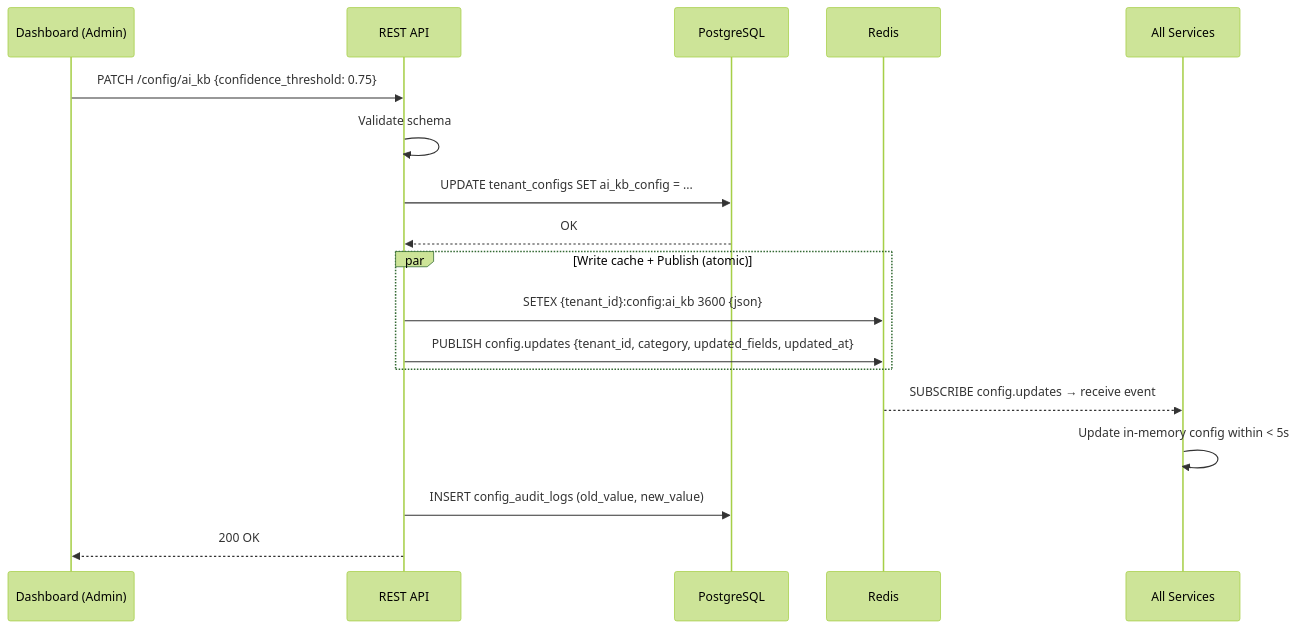
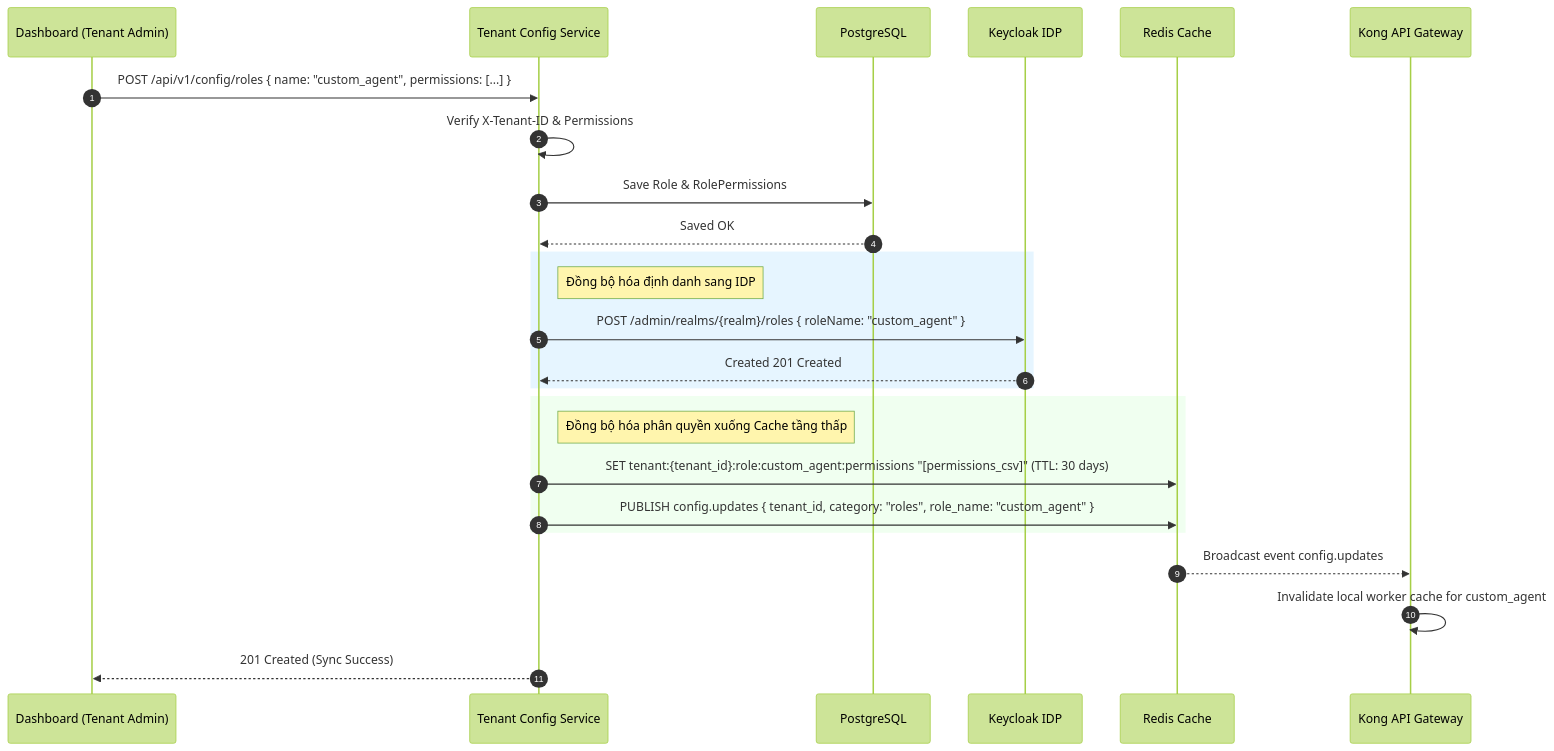
One commit to hugg4u/solavie-platform changed the second of 2 diagrams in specs/services/tenant-config/design.md. Above: the diagram before and after it, drawn with Mermaid (forest theme). The commit also changed other lines of this file and 17 other files, not shown here.

Commit message:
docs(specs): update auth, gateway, user, tenant-config specs for dynamic RBAC model

````diff
--- a/specs/services/tenant-config/design.md
+++ b/specs/services/tenant-config/design.md
@@ -261,24 +205,32 @@
 ```mermaid
 sequenceDiagram
-    participant Admin as Dashboard (Admin)
-    participant API as REST API
+    autonumber
+    participant Admin as Dashboard (Tenant Admin)
+    participant API as Tenant Config Service
     participant DB as PostgreSQL
-    participant Redis as Redis
-    participant Svc as All Services
+    participant Keycloak as Keycloak IDP
+    participant Redis as Redis Cache
+    participant GW as Kong API Gateway
 
-    Admin->>API: PATCH /config/ai_kb {confidence_threshold: 0.75}
-    API->>API: Validate schema
-    API->>DB: UPDATE tenant_configs SET ai_kb_config = ...
-    DB-->>API: OK
+    Admin->>API: POST /api/v1/config/roles { name: "custom_agent", permissions: [...] }
+    API->>API: Verify X-Tenant-ID & Permissions
+    API->>DB: Save Role & RolePermissions
+    DB-->>API: Saved OK
+
+    rect rgb(230, 245, 255)
+        note right of API: Đồng bộ hóa định danh sang IDP
+        API->>Keycloak: POST /admin/realms/{realm}/roles { roleName: "custom_agent" }
+        Keycloak-->>API: Created 201 Created
+    end
+
+    rect rgb(240, 255, 240)
+        note right of API: Đồng bộ hóa phân quyền xuống Cache tầng thấp
+        API->>Redis: SET tenant:{tenant_id}:role:custom_agent:permissions "[permissions_csv]" (TTL: 30 days)
+        API->>Redis: PUBLISH config.updates { tenant_id, category: "roles", role_name: "custom_agent" }
+    end
+
+    Redis-->>GW: Broadcast event config.updates
+    GW->>GW: Invalidate local worker cache for custom_agent
     
-    par Write cache + Publish (atomic)
-        API->>Redis: SETEX {tenant_id}:config:ai_kb 3600 {json}
-        API->>Redis: PUBLISH config.updates {tenant_id, category, updated_fields, updated_at}
-    end
-    
-    Redis-->>Svc: SUBSCRIBE config.updates → receive event
-    Svc->>Svc: Update in-memory config within < 5s
-    
-    API->>DB: INSERT config_audit_logs (old_value, new_value)
-    API-->>Admin: 200 OK
+    API-->>Admin: 201 Created (Sync Success)
 ```
````
